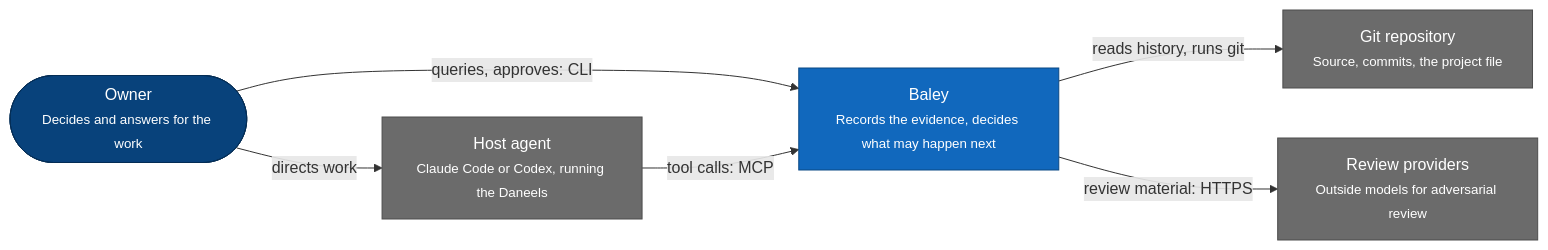
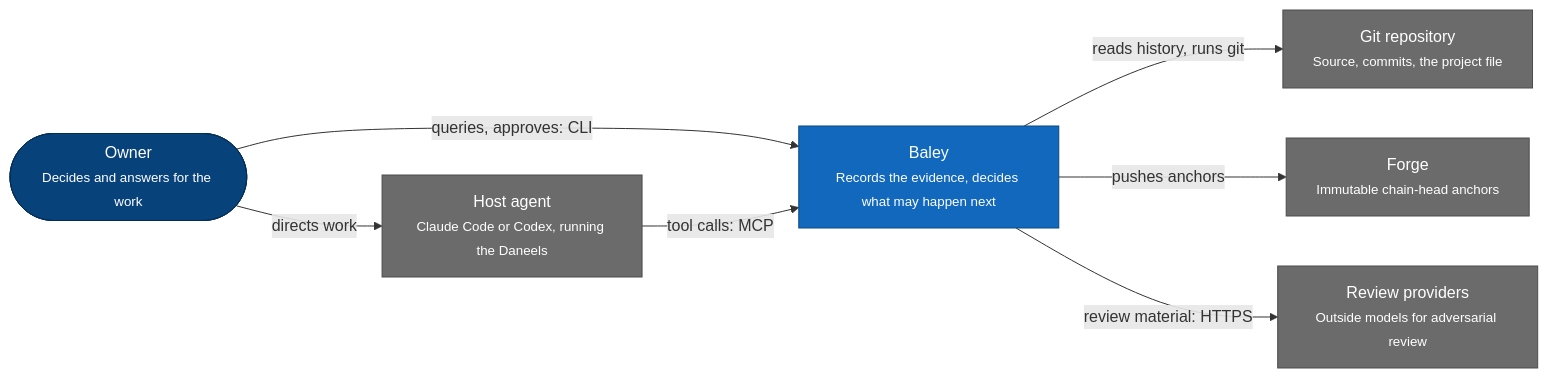
Before and after one commit to crenshawdev/baley: the first of 10 diagrams in docs/design/0001-evidence-ledger.md, drawn with Mermaid. The commit also changed other lines of this file and 1 other file, not shown here.

````diff
--- a/docs/design/0001-evidence-ledger.md
+++ b/docs/design/0001-evidence-ledger.md
@@ -102,19 +120,21 @@
 ```mermaid
 flowchart LR
   owner(["Owner<br/><small>Decides and answers for the work</small>"])
   host["Host agent<br/><small>Claude Code or Codex, running the Daneels</small>"]
   baley["Baley<br/><small>Records the evidence, decides what may happen next</small>"]
   git["Git repository<br/><small>Source, commits, the project file</small>"]
+  forge["Forge<br/><small>Immutable chain-head anchors</small>"]
   prov["Review providers<br/><small>Outside models for adversarial review</small>"]
   owner -->|directs work| host
   owner -->|queries, approves: CLI| baley
   host -->|tool calls: MCP| baley
   baley -->|reads history, runs git| git
+  baley -->|pushes anchors| forge
   baley -->|review material: HTTPS| prov
   classDef person fill:#08427b,stroke:#052e56,color:#fff
   classDef system fill:#1168bd,stroke:#0b4884,color:#fff
   classDef external fill:#6b6b6b,stroke:#4d4d4d,color:#fff
   class owner person
   class baley system
-  class host,git,prov external
+  class host,git,forge,prov external
 ```
````
